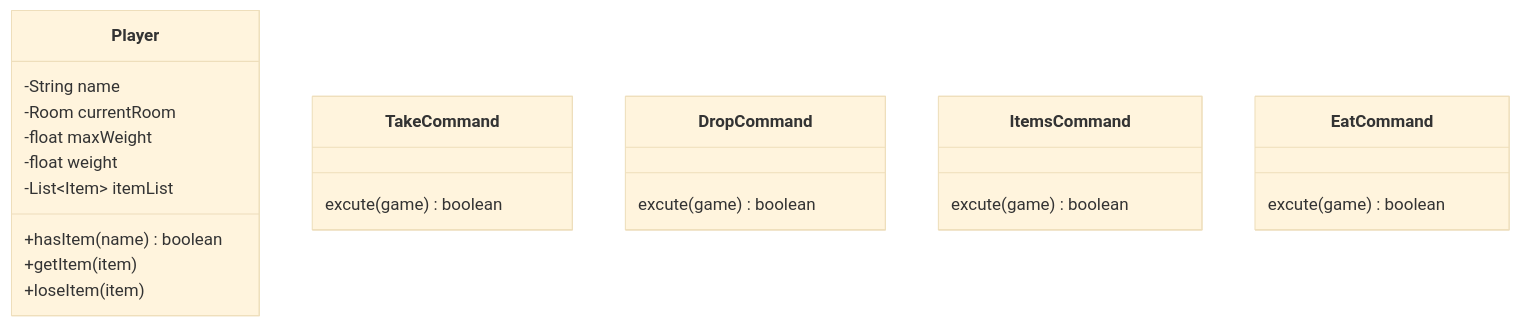
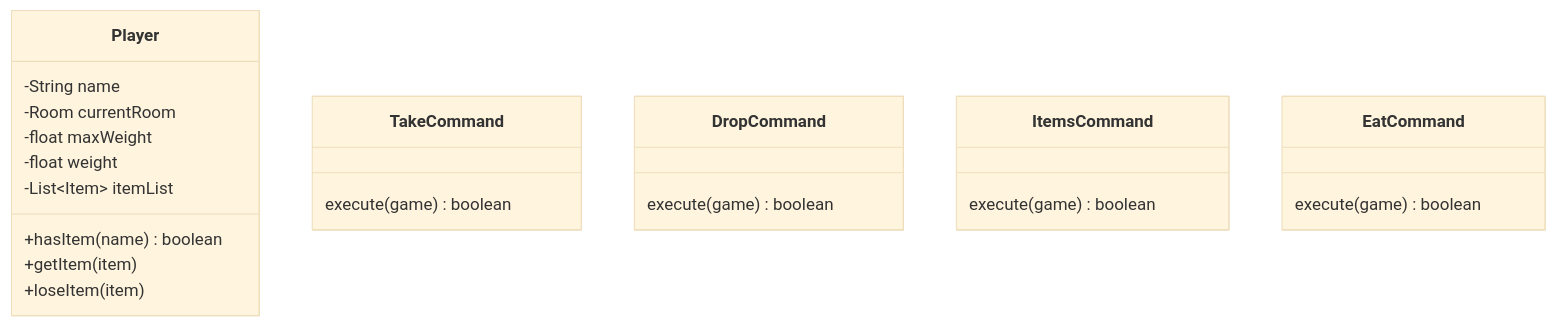
Before and after one commit to wutcst/sept1-wjycn2000: the sixth of 7 diagrams in REPORT.md, drawn with Mermaid (base theme). The commit also changed other lines of this file and 14 other files, not shown here.

````diff
--- a/REPORT.md
+++ b/REPORT.md
@@ -230,25 +230,25 @@
 ```mermaid
 classDiagram
 class Player{
 	-String name
 	-Room currentRoom
 	-float maxWeight
 	-float weight
 	-List~Item~ itemList
 	+hasItem(name) boolean
 	+getItem(item)
 	+loseItem(item)
 }
 class TakeCommand{
-	excute(game) boolean
+	execute(game) boolean
 }
 class DropCommand{
-	excute(game) boolean
+	execute(game) boolean
 }
 class ItemsCommand{
-	excute(game) boolean
+	execute(game) boolean
 }
 class EatCommand{
-	excute(game) boolean
+	execute(game) boolean
 }
 ```
````
